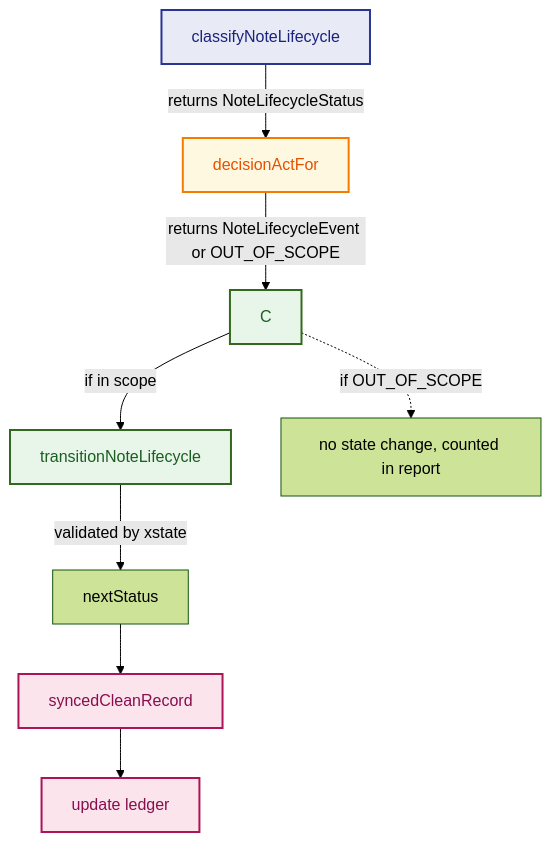
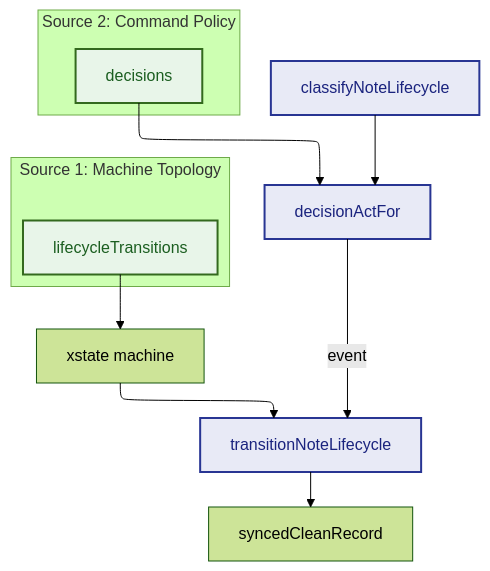
Before and after one commit to Karol-Szykula/AnkiPalace: the seventh of 8 diagrams in docs/state-machine.md, drawn with Mermaid (forest theme). The commit also changed other lines of this file and 17 other files, not shown here.

Commit message:
Add generated diagrams

````diff
--- a/docs/state-machine.md
+++ b/docs/state-machine.md
@@ -410,19 +435,37 @@
 ```mermaid
+%%{init: {"flowchart": {"defaultRenderer": "elk"}} }%%
 flowchart TB
-  A["classifyNoteLifecycle"] -->|returns NoteLifecycleStatus| B
-  B["decisionActFor"] -->|returns NoteLifecycleEvent or OUT_OF_SCOPE| C
-  C -->|if in scope| D["transitionNoteLifecycle"]
-  D -->|validated by xstate| E["nextStatus"]
-  E --> F["syncedCleanRecord"]
-  F --> G["update ledger"]
-  C -.->|if OUT_OF_SCOPE| H["no state change, counted in report"]
+  subgraph SRC1["Source 1: Machine Topology"]
+    direction TB
+    LT["lifecycleTransitions"]
+  end
+  subgraph SRC2["Source 2: Command Policy"]
+    direction TB
+    DT["decisions"]
+  end
+
+  LT --> XSTATE["xstate machine"]
+  XSTATE --> TRANSIT["transitionNoteLifecycle"]
+
+  DT --> DECIDE["decisionActFor"]
+  DECIDE -->|event| TRANSIT
+
+  CLASSIFY["classifyNoteLifecycle"] --> DECIDE
+  TRANSIT --> LEDGER["syncedCleanRecord"]
+
+  classDef src fill:#e8f5e9,stroke:#33691e,stroke-width:2px,color:#1b5e20;
+  classDef derived fill:#fff8e1,stroke:#f57c00,stroke-width:2px,color:#e65100;
+  classDef runtime fill:#e8eaf6,stroke:#283593,stroke-width:2px,color:#1a237e;
+  class LT,DT src;
+  class DECIDE derived;
+  class CLASSIFY,DECIDE,TRANSIT runtime;
 
   classDef entry fill:#e8eaf6,stroke:#283593,stroke-width:2px,color:#1a237e;
   classDef decision fill:#fff8e1,stroke:#f57c00,stroke-width:2px,color:#e65100;
   classDef transit fill:#e8f5e9,stroke:#33691e,stroke-width:2px,color:#1b5e20;
   classDef ledger fill:#fce4ec,stroke:#ad1457,stroke-width:2px,color:#880e4f;
   class A entry;
   class B decision;
   class C,D transit;
   class F,G ledger;
 ```
````
